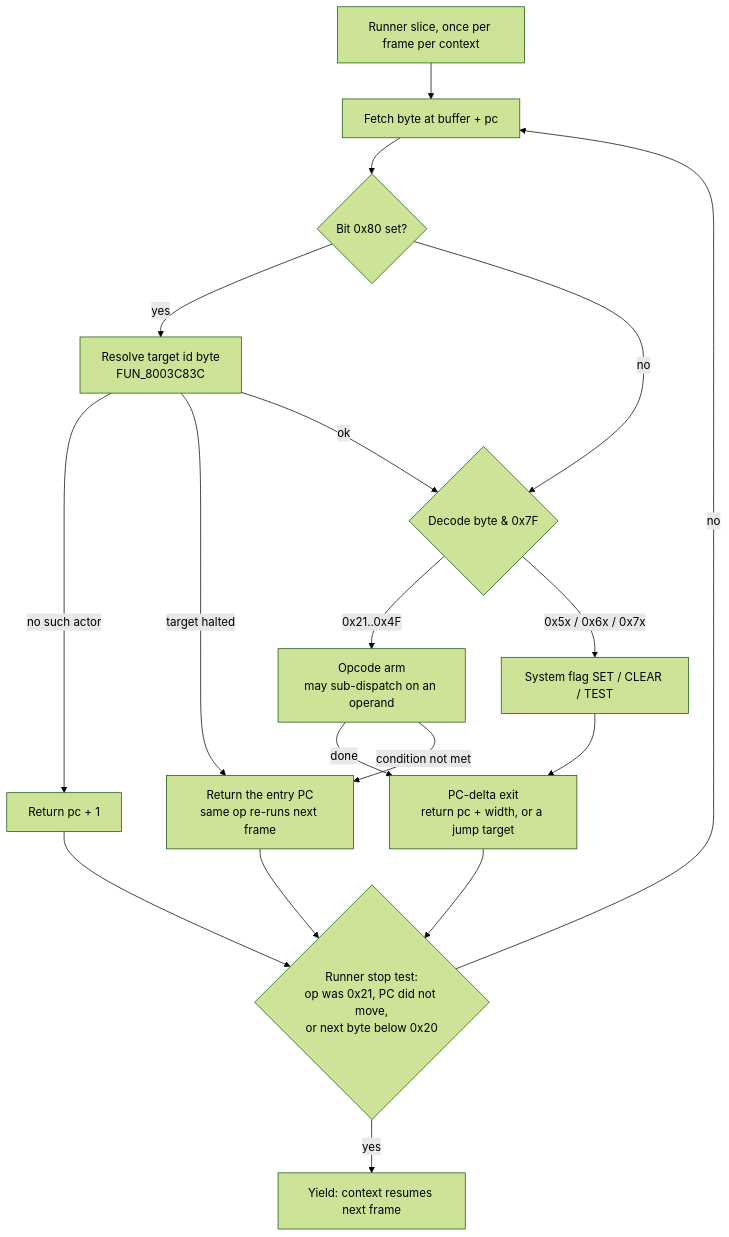
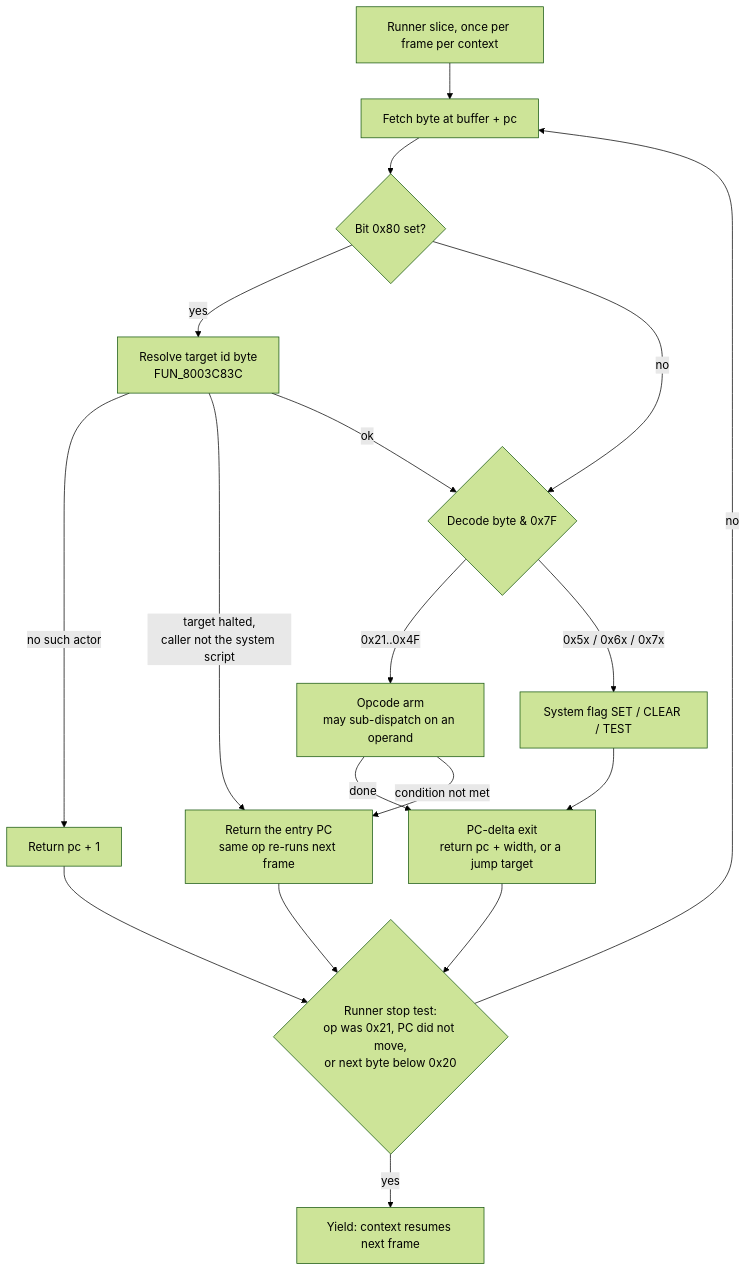
The diagram in docs/subsystems/script-vm.md (AndrewAltimit/legend-of-legaia-re), drawn with Mermaid (forest theme) before and after one commit. The commit also changed other lines of this file and 279 other files, not shown here.

````diff
--- a/docs/subsystems/script-vm.md
+++ b/docs/subsystems/script-vm.md
@@ -23,20 +23,20 @@
 ```mermaid
 flowchart TD
     RUN["Runner slice, once per frame per context"] --> FETCH["Fetch byte at buffer + pc"]
     FETCH --> EXT{"Bit 0x80 set?"}
     EXT -- "yes" --> RES["Resolve target id byte<br/>FUN_8003C83C"]
     RES -- "no such actor" --> SKIP["Return pc + 1"]
-    RES -- "target halted" --> WAIT["Return the entry PC<br/>same op re-runs next frame"]
+    RES -- "target halted,<br/>caller not the system script" --> WAIT["Return the entry PC<br/>same op re-runs next frame"]
     RES -- "ok" --> DEC
     EXT -- "no" --> DEC{"Decode byte & 0x7F"}
     DEC -- "0x21..0x4F" --> ARM["Opcode arm<br/>may sub-dispatch on an operand"]
     DEC -- "0x5x / 0x6x / 0x7x" --> FLAG["System flag SET / CLEAR / TEST"]
     ARM -- "done" --> ADV["PC-delta exit<br/>return pc + width, or a jump target"]
     ARM -- "condition not met" --> WAIT
     FLAG --> ADV
     ADV --> STOP{"Runner stop test:<br/>op was 0x21, PC did not move,<br/>or next byte below 0x20"}
     WAIT --> STOP
     SKIP --> STOP
     STOP -- "no" --> FETCH
     STOP -- "yes" --> YIELD["Yield: context resumes next frame"]
 ```
````
